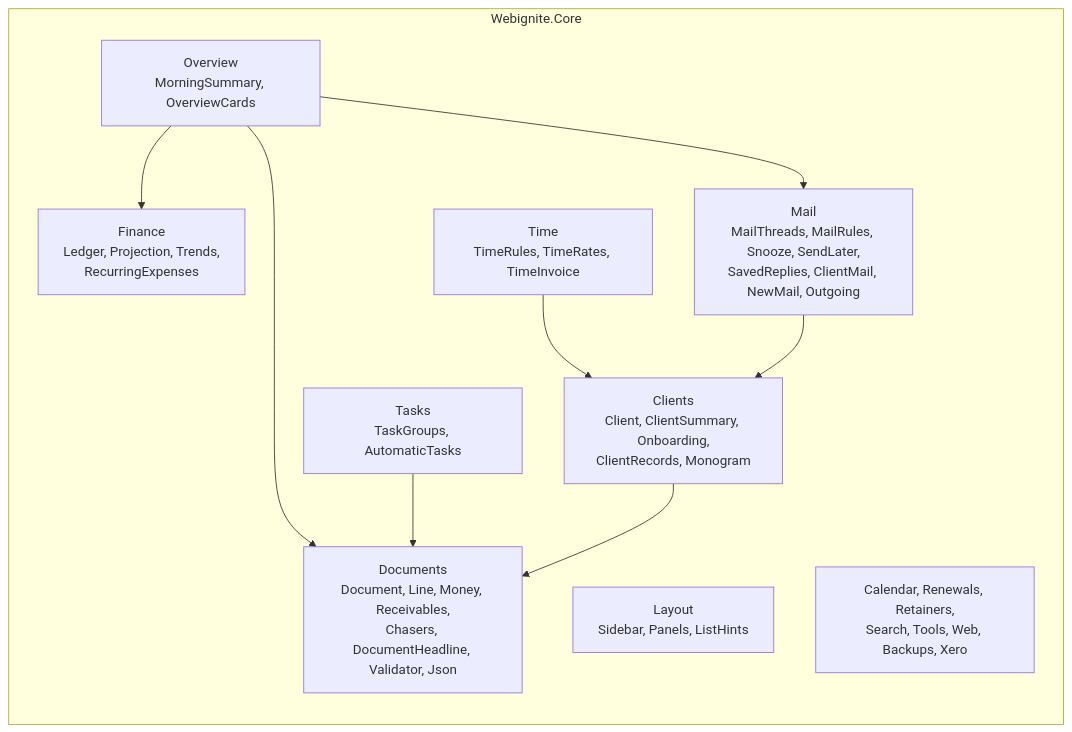
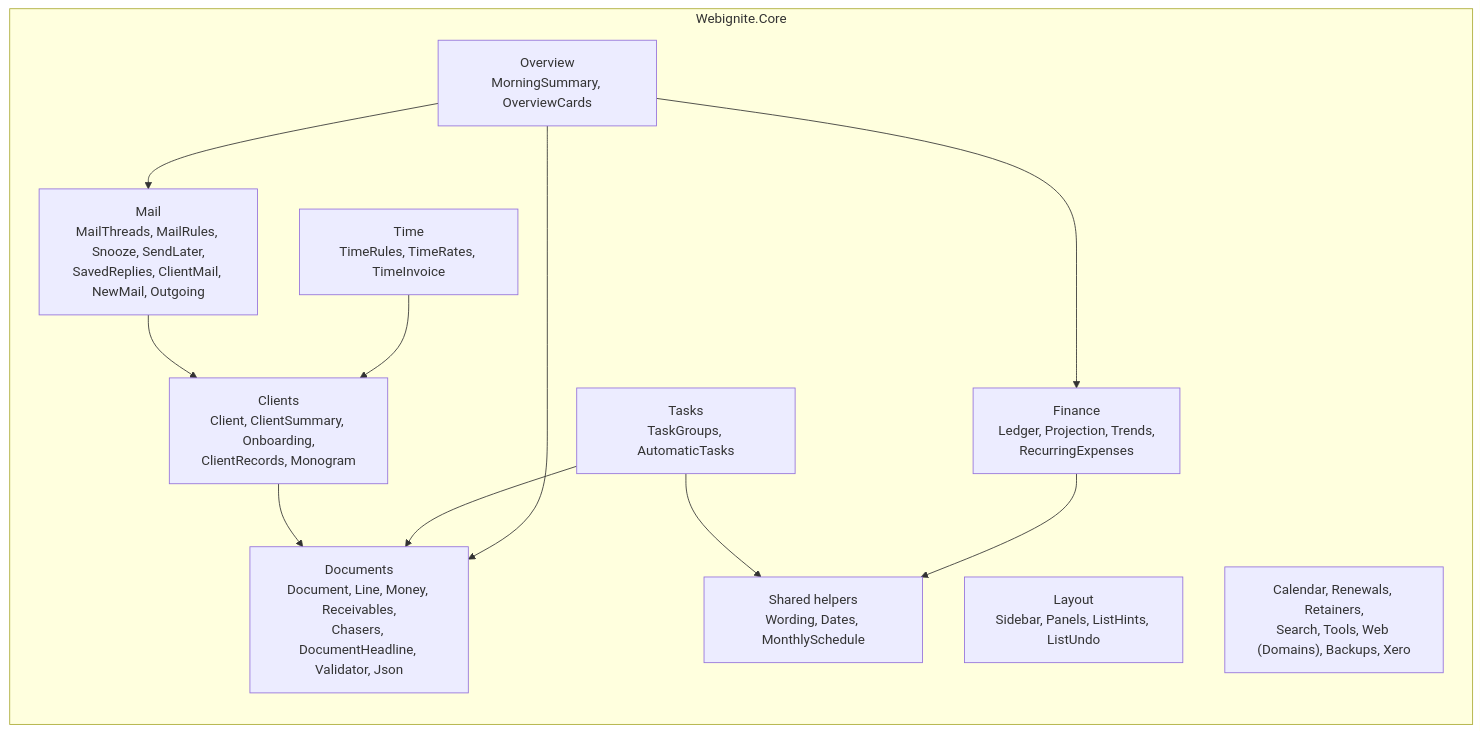
The fourth of 9 diagrams in docs/architecture.md (EdWebIgnite/Webignite-Desktop), drawn with Mermaid before and after one commit. The commit also changed other lines of this file and 57 other files, not shown here.

````diff
--- a/docs/architecture.md
+++ b/docs/architecture.md
@@ -112,21 +112,24 @@
 ```mermaid
 flowchart LR
     subgraph core["Webignite.Core"]
         documents["Documents<br/>Document, Line, Money, Receivables,<br/>Chasers, DocumentHeadline, Validator, Json"]
         clients["Clients<br/>Client, ClientSummary, Onboarding,<br/>ClientRecords, Monogram"]
         mailc["Mail<br/>MailThreads, MailRules, Snooze, SendLater,<br/>SavedReplies, ClientMail, NewMail, Outgoing"]
         finance["Finance<br/>Ledger, Projection, Trends,<br/>RecurringExpenses"]
         time["Time<br/>TimeRules, TimeRates, TimeInvoice"]
         tasks["Tasks<br/>TaskGroups, AutomaticTasks"]
         overview["Overview<br/>MorningSummary, OverviewCards"]
-        layout["Layout<br/>Sidebar, Panels, ListHints"]
-        other["Calendar, Renewals, Retainers,<br/>Search, Tools, Web, Backups, Xero"]
+        layout["Layout<br/>Sidebar, Panels, ListHints, ListUndo"]
+        shared["Shared helpers<br/>Wording, Dates, MonthlySchedule"]
+        other["Calendar, Renewals, Retainers,<br/>Search, Tools, Web (Domains), Backups, Xero"]
     end
     overview --> documents
     overview --> finance
     overview --> mailc
     tasks --> documents
     clients --> documents
     time --> clients
     mailc --> clients
+    finance --> shared
+    tasks --> shared
 ```
````
